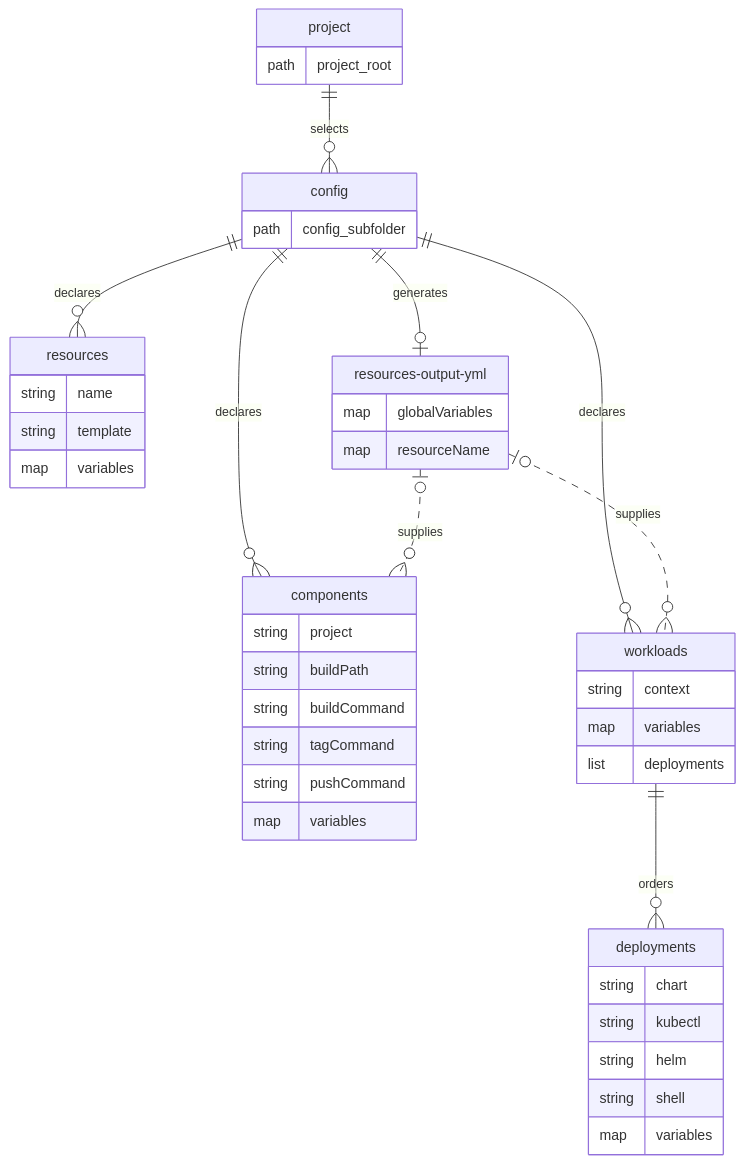
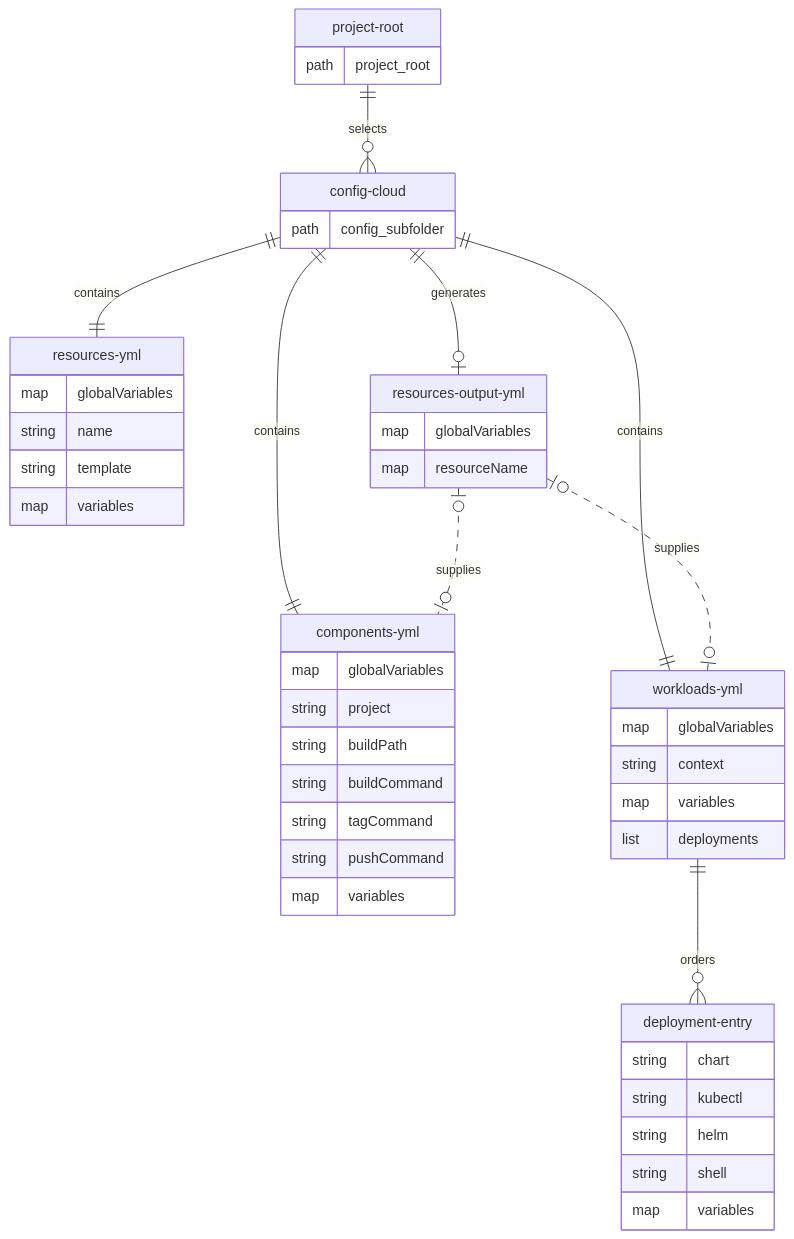
Before and after one commit to alissonsol/yuruna: the first of 2 diagrams in docs/design/05-data-model.md, drawn with Mermaid. The commit also changed other lines of this file and 1304 other files, not shown here.

````diff
--- a/docs/design/05-data-model.md
+++ b/docs/design/05-data-model.md
@@ -12,47 +12,50 @@
 ```mermaid
 erDiagram
-    project ||--o{ config : selects
-    config ||--o{ resources : declares
-    config ||--o{ components : declares
-    config ||--o{ workloads : declares
-    config ||--o| resources-output-yml : generates
-    workloads ||--o{ deployments : orders
-    %% optional: later phases consume resource outputs when the file exists.
-    resources-output-yml |o..o{ components : supplies
-    resources-output-yml |o..o{ workloads : supplies
-    project {
+    project-root ||--o{ config-cloud : selects
+    config-cloud ||--|| resources-yml : contains
+    config-cloud ||--|| components-yml : contains
+    config-cloud ||--|| workloads-yml : contains
+    config-cloud ||--o| resources-output-yml : generates
+    workloads-yml ||--o{ deployment-entry : orders
+    %% optional: later phases read resource outputs when the file exists.
+    resources-output-yml |o..o| components-yml : supplies
+    resources-output-yml |o..o| workloads-yml : supplies
+    project-root {
         path project_root
     }
-    config {
+    config-cloud {
         path config_subfolder
     }
-    resources {
+    resources-yml {
+        map globalVariables
         string name
         string template
         map variables
     }
-    components {
+    components-yml {
+        map globalVariables
         string project
         string buildPath
         string buildCommand
         string tagCommand
         string pushCommand
         map variables
     }
-    workloads {
+    workloads-yml {
+        map globalVariables
         string context
         map variables
         list deployments
     }
-    deployments {
+    deployment-entry {
         string chart
         string kubectl
         string helm
         string shell
         map variables
     }
     resources-output-yml {
         map globalVariables
         map resourceName
     }
 ```
````
